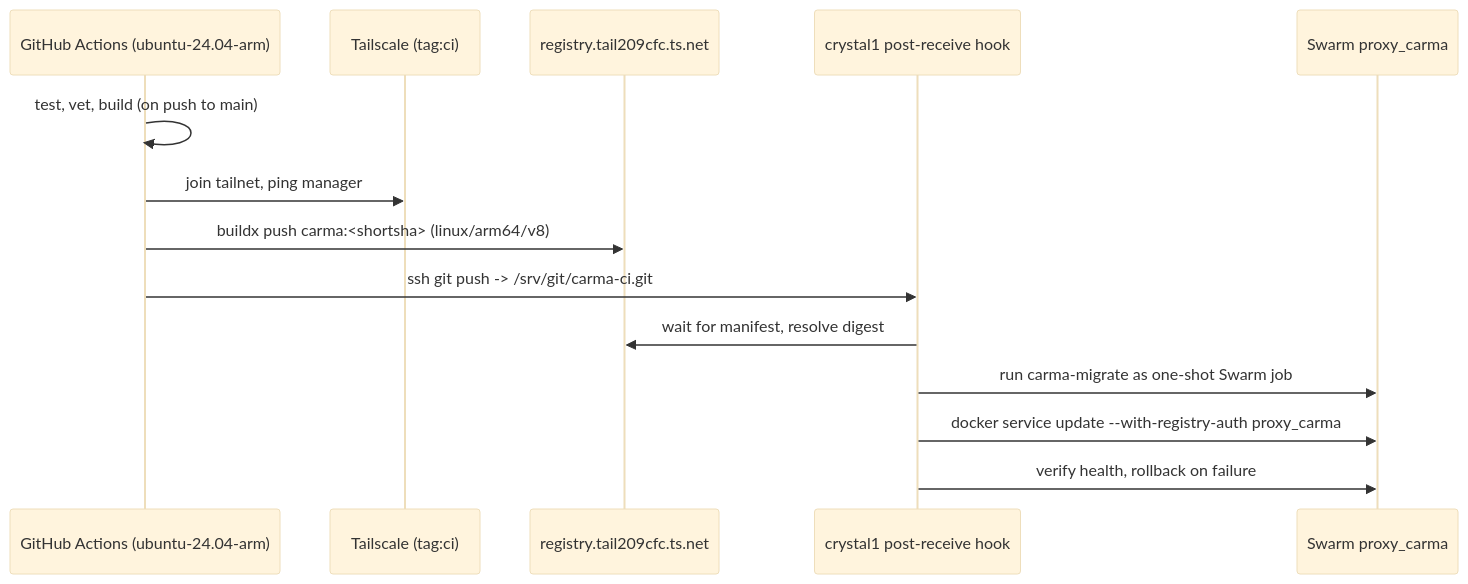
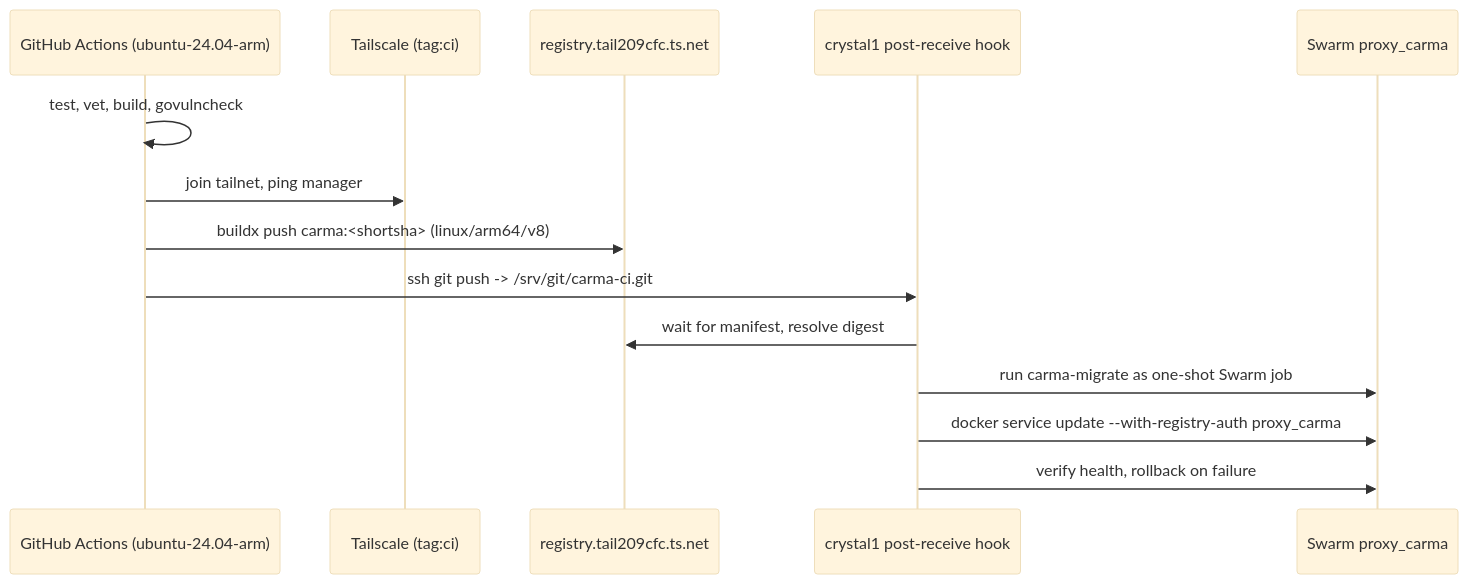
The third of 3 diagrams in docs/ARCHITECTURE.md (bitofbytes-io/carma), drawn with Mermaid (base theme) before and after one commit. The commit also changed other lines of this file and 22 other files, not shown here.

````diff
--- a/docs/ARCHITECTURE.md
+++ b/docs/ARCHITECTURE.md
@@ -172,17 +172,17 @@
 ```mermaid
 sequenceDiagram
   participant GH as GitHub Actions (ubuntu-24.04-arm)
   participant TS as Tailscale (tag:ci)
   participant REG as registry.tail209cfc.ts.net
   participant CR as crystal1 post-receive hook
   participant SW as Swarm proxy_carma
 
-  GH->>GH: test, vet, build (on push to main)
+  GH->>GH: test, vet, build, govulncheck
   GH->>TS: join tailnet, ping manager
   GH->>REG: buildx push carma:<shortsha> (linux/arm64/v8)
   GH->>CR: ssh git push -> /srv/git/carma-ci.git
   CR->>REG: wait for manifest, resolve digest
   CR->>SW: run carma-migrate as one-shot Swarm job
   CR->>SW: docker service update --with-registry-auth proxy_carma
   CR->>SW: verify health, rollback on failure
 ```
````
